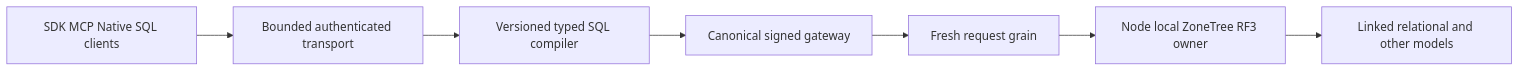
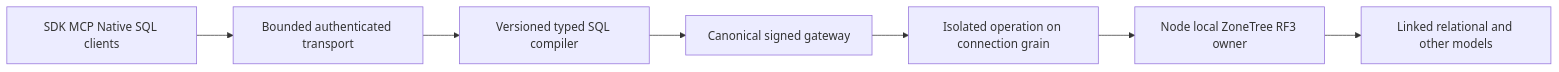
One commit to managedcode/KeyLoad changed the second of 3 diagrams in docs/ADR/ADR-065-full-sql-client-compatibility.md. Above: the diagram before and after it, drawn with Mermaid. The commit also changed other lines of this file and 127 other files, not shown here.

````diff
--- a/docs/ADR/ADR-065-full-sql-client-compatibility.md
+++ b/docs/ADR/ADR-065-full-sql-client-compatibility.md
@@ -104,9 +103,9 @@
 ```mermaid
 flowchart LR
     Clients[SDK MCP Native SQL clients] --> Transport[Bounded authenticated transport]
     Transport --> Compile[Versioned typed SQL compiler]
     Compile --> Gateway[Canonical signed gateway]
-    Gateway --> Request[Fresh request grain]
+    Gateway --> Request[Isolated operation on connection grain]
     Request --> Host[Node local ZoneTree RF3 owner]
     Host --> Models[Linked relational and other models]
 ```
````
